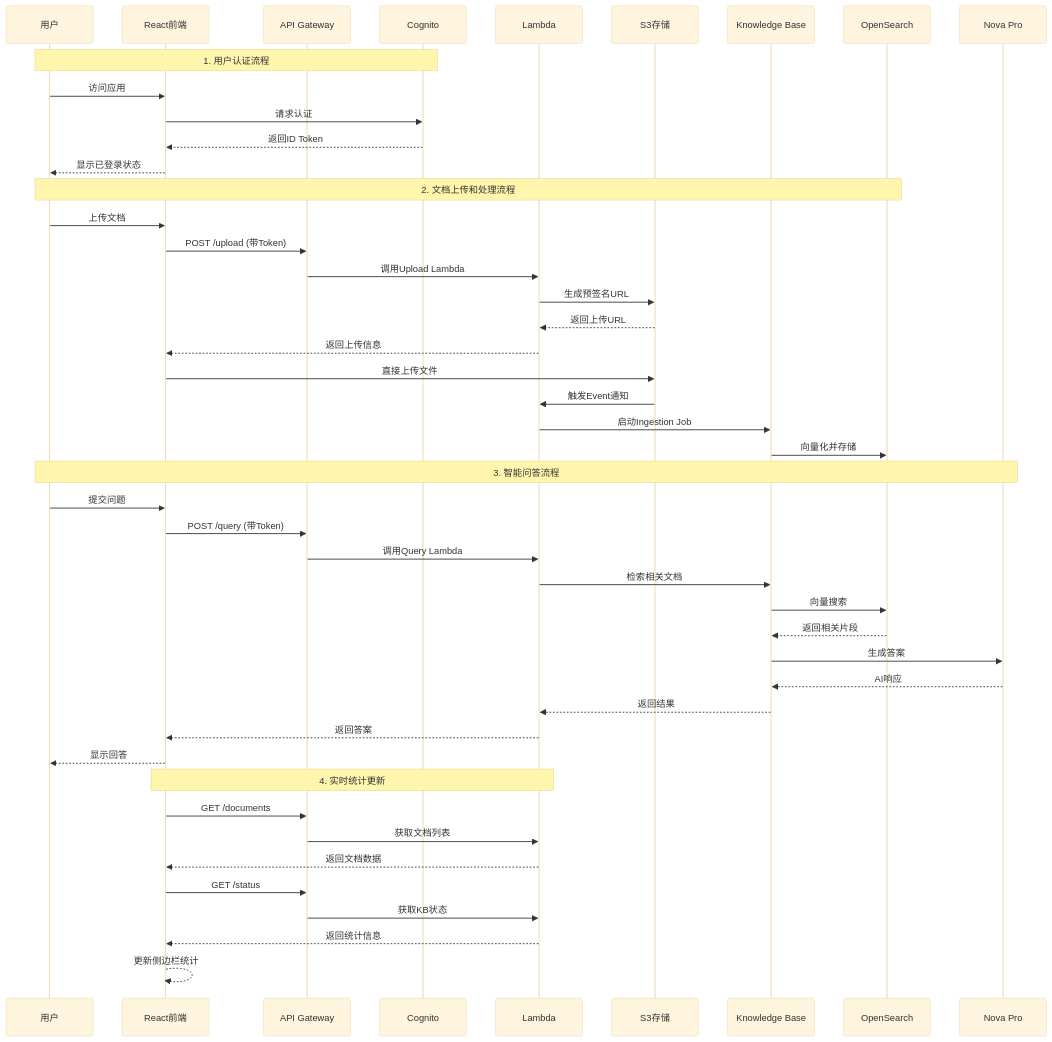
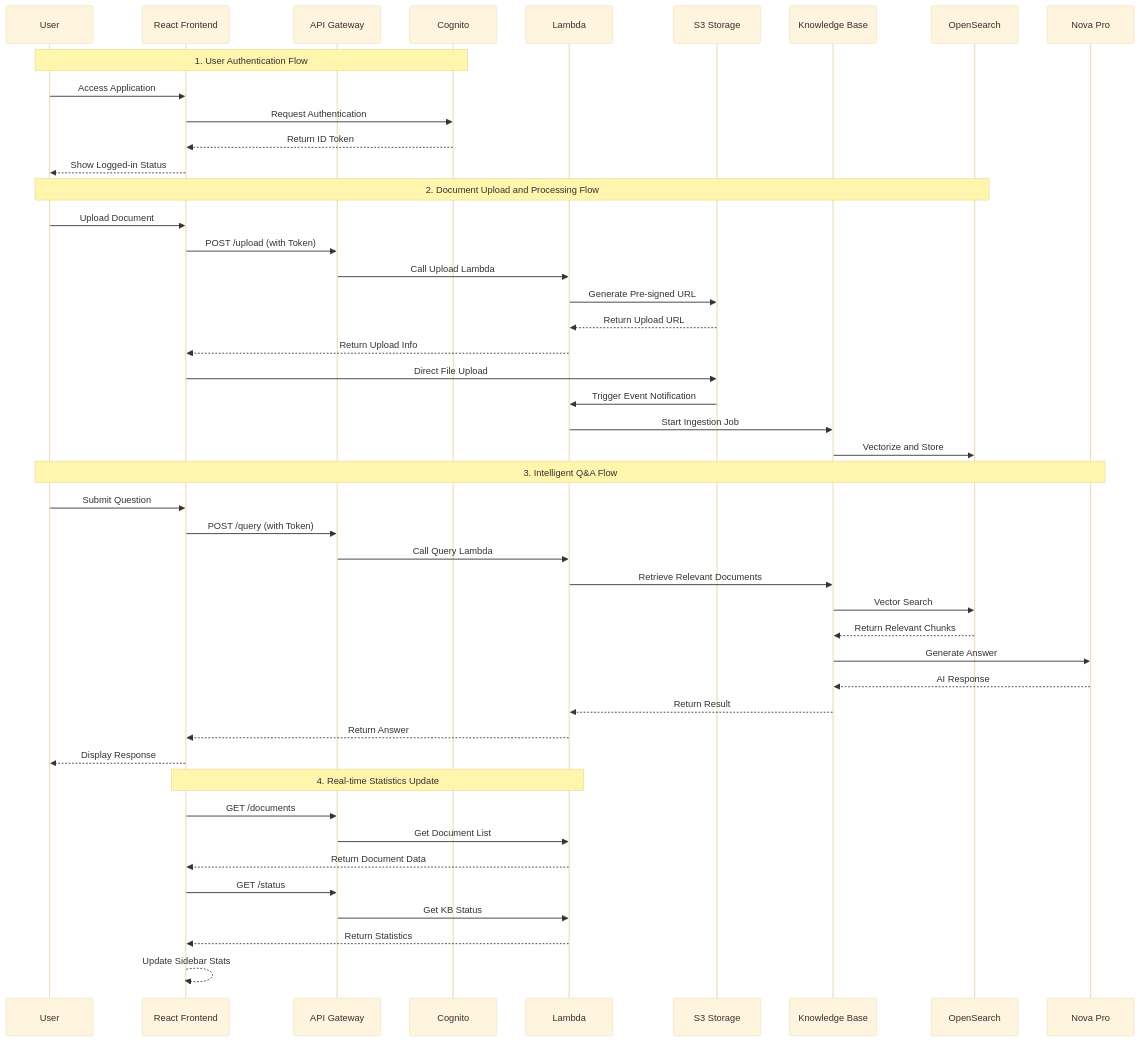
Before and after one commit to yincma/AWS-BEDROCK-RAG: the second of 8 diagrams in README.md, drawn with Mermaid (base theme). The commit also changed other lines of this file and 10 other files, not shown here.

````diff
--- a/README.md
+++ b/README.md
@@ -113,56 +113,56 @@
 ```mermaid
 sequenceDiagram
-    participant U as 用户
-    participant F as React前端
+    participant U as User
+    participant F as React Frontend
     participant A as API Gateway
     participant C as Cognito
     participant L as Lambda
-    participant S3 as S3存储
+    participant S3 as S3 Storage
     participant KB as Knowledge Base
     participant OS as OpenSearch
     participant N as Nova Pro
 
-    %% 认证流程
-    Note over U,C: 1. 用户认证流程
-    U->>F: 访问应用
-    F->>C: 请求认证
-    C-->>F: 返回ID Token
-    F-->>U: 显示已登录状态
+    %% Authentication Flow
+    Note over U,C: 1. User Authentication Flow
+    U->>F: Access Application
+    F->>C: Request Authentication
+    C-->>F: Return ID Token
+    F-->>U: Show Logged-in Status
 
-    %% 文档上传流程
-    Note over U,OS: 2. 文档上传和处理流程
-    U->>F: 上传文档
-    F->>A: POST /upload (带Token)
-    A->>L: 调用Upload Lambda
-    L->>S3: 生成预签名URL
-    S3-->>L: 返回上传URL
-    L-->>F: 返回上传信息
-    F->>S3: 直接上传文件
-    S3->>L: 触发Event通知
-    L->>KB: 启动Ingestion Job
-    KB->>OS: 向量化并存储
+    %% Document Upload Flow
+    Note over U,OS: 2. Document Upload and Processing Flow
+    U->>F: Upload Document
+    F->>A: POST /upload (with Token)
+    A->>L: Call Upload Lambda
+    L->>S3: Generate Pre-signed URL
+    S3-->>L: Return Upload URL
+    L-->>F: Return Upload Info
+    F->>S3: Direct File Upload
+    S3->>L: Trigger Event Notification
+    L->>KB: Start Ingestion Job
+    KB->>OS: Vectorize and Store
     
-    %% 查询流程
-    Note over U,N: 3. 智能问答流程
-    U->>F: 提交问题
-    F->>A: POST /query (带Token)
-    A->>L: 调用Query Lambda
-    L->>KB: 检索相关文档
-    KB->>OS: 向量搜索
-    OS-->>KB: 返回相关片段
-    KB->>N: 生成答案
-    N-->>KB: AI响应
-    KB-->>L: 返回结果
-    L-->>F: 返回答案
-    F-->>U: 显示回答
+    %% Query Flow
+    Note over U,N: 3. Intelligent Q&A Flow
+    U->>F: Submit Question
+    F->>A: POST /query (with Token)
+    A->>L: Call Query Lambda
+    L->>KB: Retrieve Relevant Documents
+    KB->>OS: Vector Search
+    OS-->>KB: Return Relevant Chunks
+    KB->>N: Generate Answer
+    N-->>KB: AI Response
+    KB-->>L: Return Result
+    L-->>F: Return Answer
+    F-->>U: Display Response
 
-    %% 统计更新流程
-    Note over F,L: 4. 实时统计更新
+    %% Statistics Update Flow
+    Note over F,L: 4. Real-time Statistics Update
     F->>A: GET /documents
-    A->>L: 获取文档列表
-    L-->>F: 返回文档数据
+    A->>L: Get Document List
+    L-->>F: Return Document Data
     F->>A: GET /status
-    A->>L: 获取KB状态
-    L-->>F: 返回统计信息
-    F-->>F: 更新侧边栏统计
+    A->>L: Get KB Status
+    L-->>F: Return Statistics
+    F-->>F: Update Sidebar Stats
 ```
````
